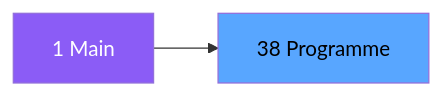
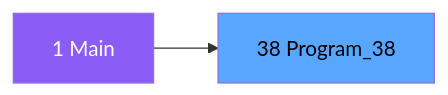
One commit to thonyAGP/magic-migration changed the second of 3 diagrams in .openspec/specs/ADH-IDE-38.md. Above: the diagram before and after it, drawn with Mermaid. The commit also changed other lines of this file and 323 other files, not shown here.

````diff
--- a/.openspec/specs/ADH-IDE-38.md
+++ b/.openspec/specs/ADH-IDE-38.md
@@ -98,8 +105,8 @@
 ```mermaid
 graph LR
     M[1 Main]
-    T[38 Programme]
+    T[38 Program_38]
     M --> T
     style M fill:#8b5cf6,color:#fff
     style T fill:#58a6ff,color:#000
 ```
````
